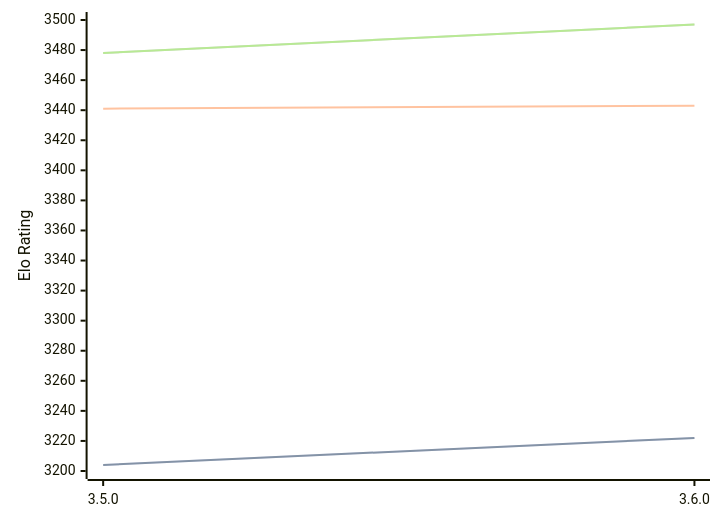
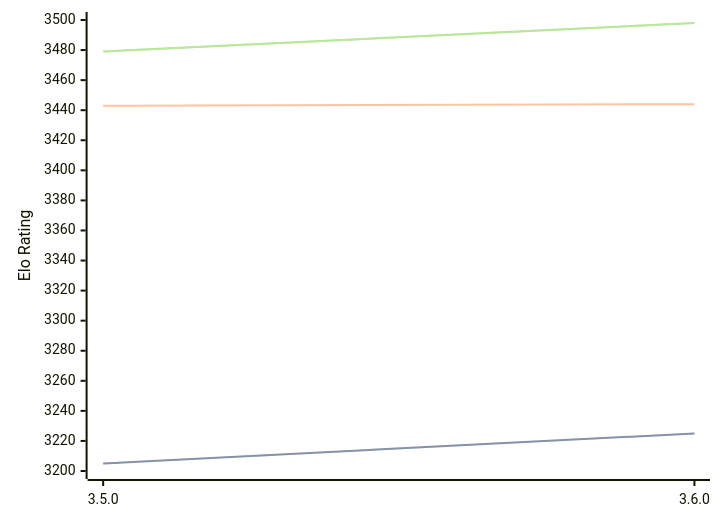
Before and after one commit to computer-chess-index/cci: the diagram in engines/Igel.md, drawn with Mermaid. The commit also changed other lines of this file, not shown here.

Commit message:
Update CCI Ratings (ELO VLTC) - 2026-02-21

````diff
--- a/engines/Igel.md
+++ b/engines/Igel.md
@@ -65,11 +65,11 @@
 ```mermaid
 %%{init: {"theme":"base","themeVariables":{"seriesColors:['#a3a3a3','#222221','#faa371']}}}%%
 xychart-beta
   x-axis ["3.5.0", "3.6.0"]
   y-axis "Elo Rating" 3200 --> 3500
-  line "STC (8.0+0.08s)" [3204, 3222]
-  line "STC (8.0+0.08s)" [3204, 3222]
-  line "LTC (60.0+0.60s)" [3441, 3443]
-  line "VLTC (2m24s+1.12s)" [3478, 3497]
-  line "VLTC (2m24s+1.12s)" [3478, 3497]
+  line "STC (8.0+0.08s)" [3205, 3225]
+  line "STC (8.0+0.08s)" [3205, 3225]
+  line "LTC (60.0+0.60s)" [3443, 3444]
+  line "VLTC (2m24s+1.12s)" [3479, 3498]
+  line "VLTC (2m24s+1.12s)" [3479, 3498]
 ```
````
